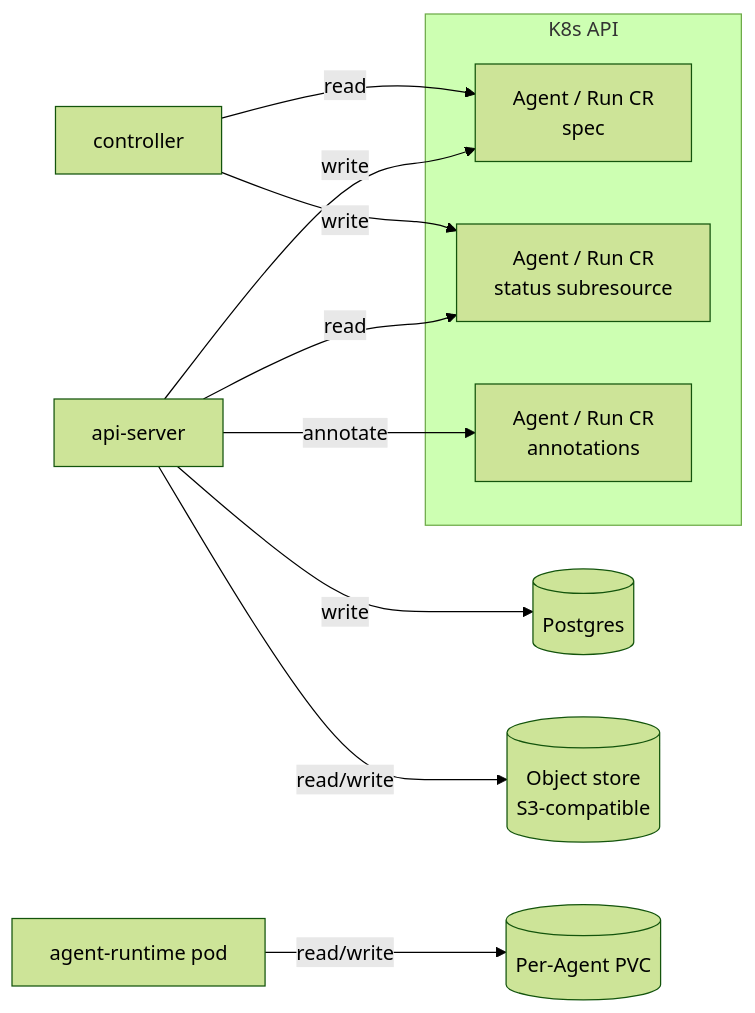
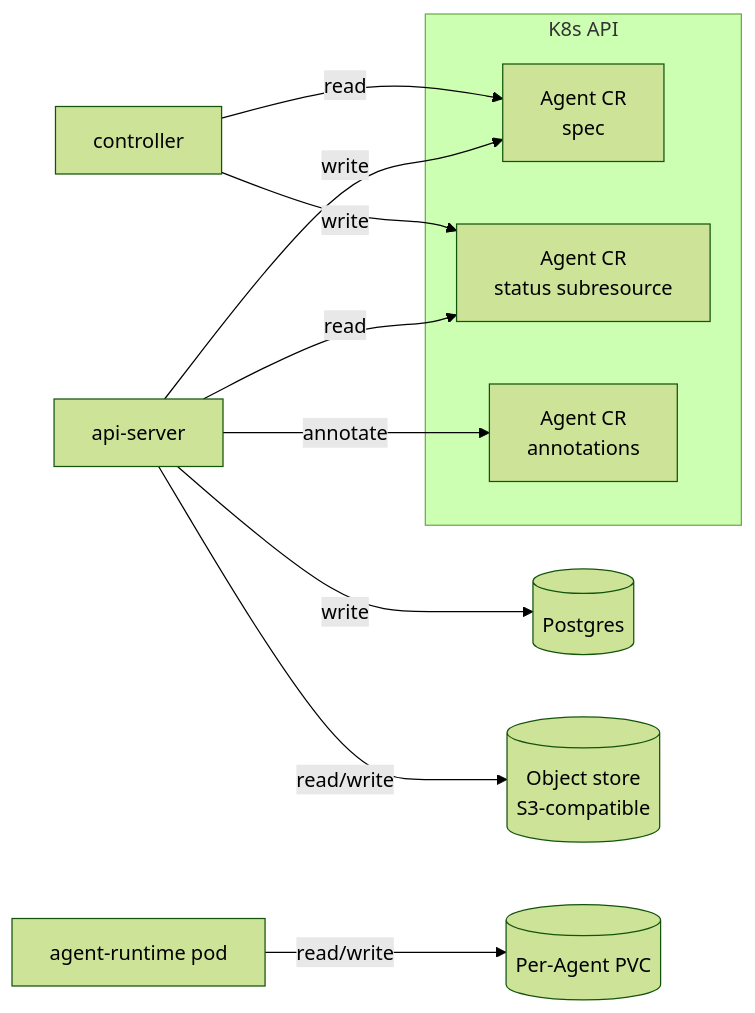
Before and after one commit to dam-agents/dam: the diagram in docs/architecture/persistence.md, drawn with Mermaid (forest theme). The commit also changed other lines of this file and 43 other files, not shown here.

````diff
--- a/docs/architecture/persistence.md
+++ b/docs/architecture/persistence.md
@@ -27,28 +27,28 @@
 ```mermaid
 flowchart LR
   api-server[api-server]
   controller[controller]
   agent-runtime[agent-runtime pod]
 
   postgres[(Postgres)]
   objectstore[(Object store<br/>S3-compatible)]
 
   subgraph k8s[K8s API]
-    cr-spec[Agent / Run CR<br/>spec]
-    cr-status[Agent / Run CR<br/>status subresource]
-    cr-anno[Agent / Run CR<br/>annotations]
+    cr-spec[Agent CR<br/>spec]
+    cr-status[Agent CR<br/>status subresource]
+    cr-anno[Agent CR<br/>annotations]
   end
 
   pvc[(Per-Agent PVC)]
 
   api-server -->|write| postgres
   api-server -->|read/write| objectstore
   api-server -->|write| cr-spec
   api-server -->|read| cr-status
   api-server -->|annotate| cr-anno
 
   controller -->|write| cr-status
   controller -->|read| cr-spec
 
   agent-runtime -->|read/write| pvc
 ```
````
